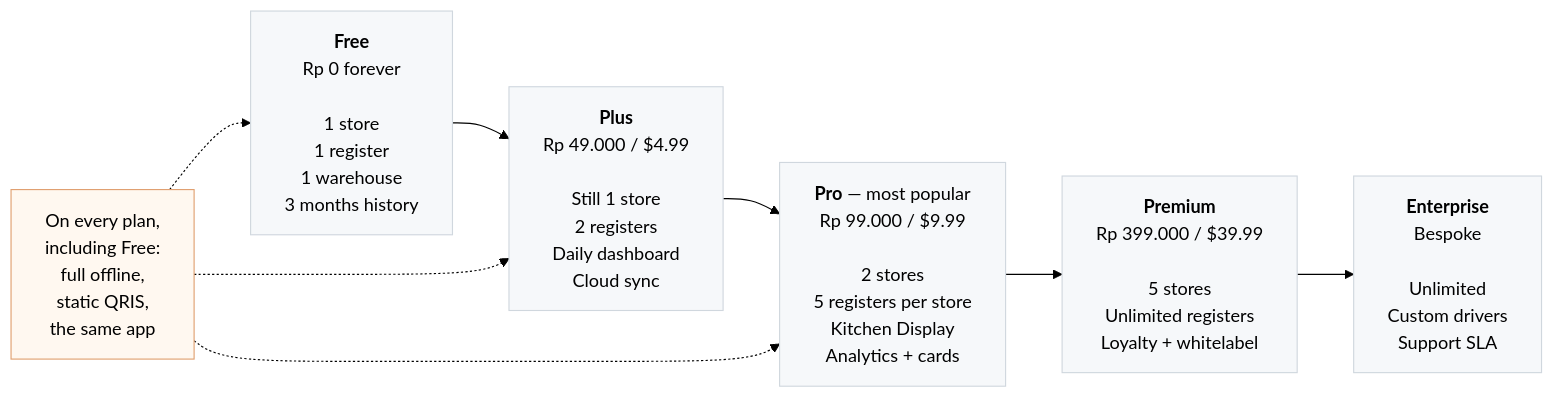
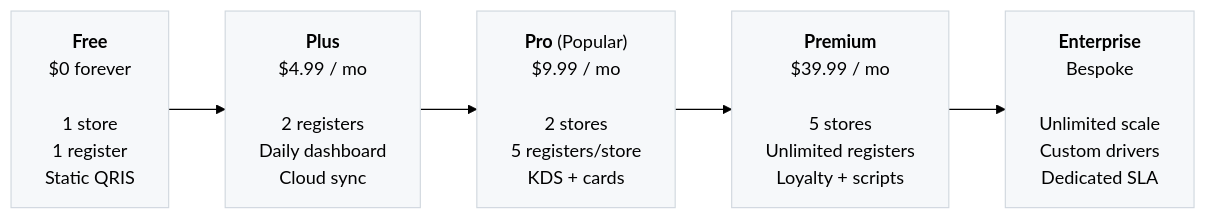
The second of 2 diagrams in README.md (kardelitaitu/kasirmu), drawn with Mermaid (forest theme) before and after one commit. The commit also changed other lines of this file, not shown here.

````diff
--- a/README.md
+++ b/README.md
@@ -120,21 +234,16 @@
 ```mermaid
 flowchart LR
-    F["<b>Free</b><br/>Rp 0 forever<br/><br/>1 store<br/>1 register<br/>1 warehouse<br/>3 months history"]
-    PL["<b>Plus</b><br/>Rp 49.000 / $4.99<br/><br/>Still 1 store<br/>2 registers<br/>Daily dashboard<br/>Cloud sync"]
-    PR["<b>Pro</b> — most popular<br/>Rp 99.000 / $9.99<br/><br/>2 stores<br/>5 registers per store<br/>Kitchen Display<br/>Analytics + cards"]
-    PM["<b>Premium</b><br/>Rp 399.000 / $39.99<br/><br/>5 stores<br/>Unlimited registers<br/>Loyalty + whitelabel"]
-    ET["<b>Enterprise</b><br/>Bespoke<br/><br/>Unlimited<br/>Custom drivers<br/>Support SLA"]
+    F["<b>Free</b><br/>$0 forever<br/><br/>1 store<br/>1 register<br/>Static QRIS"]
+    PL["<b>Plus</b><br/>$4.99 / mo<br/><br/>2 registers<br/>Daily dashboard<br/>Cloud sync"]
+    PR["<b>Pro</b> (Popular)<br/>$9.99 / mo<br/><br/>2 stores<br/>5 registers/store<br/>KDS + cards"]
+    PM["<b>Premium</b><br/>$39.99 / mo<br/><br/>5 stores<br/>Unlimited registers<br/>Loyalty + scripts"]
+    ET["<b>Enterprise</b><br/>Bespoke<br/><br/>Unlimited scale<br/>Custom drivers<br/>Dedicated SLA"]
 
     F --> PL --> PR --> PM --> ET
-
-    A["On every plan,<br/>including Free:<br/>full offline,<br/>static QRIS,<br/>the same app"] -.-> F
-    A -.-> PL
-    A -.-> PR
 
     style F fill:#f6f8fa,stroke:#d0d7de
     style PL fill:#f6f8fa,stroke:#d0d7de
     style PR fill:#f6f8fa,stroke:#d0d7de
     style PM fill:#f6f8fa,stroke:#d0d7de
     style ET fill:#f6f8fa,stroke:#d0d7de
-    style A fill:#fff8f0,stroke:#e0a070
 ```
````
